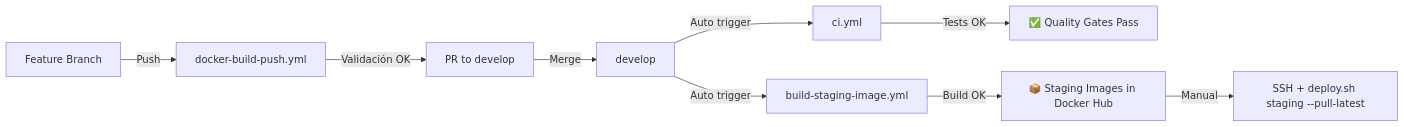
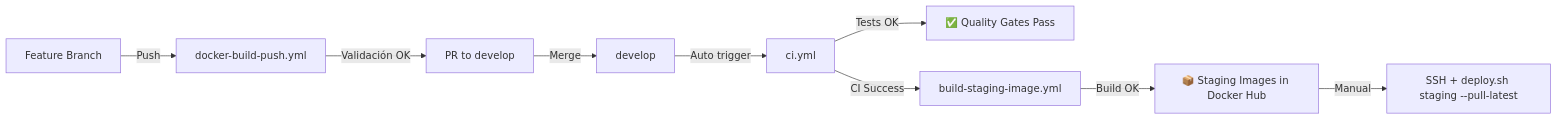
Before and after one commit to jfdelafuente/contravento-application-python: the first of 2 diagrams in docs/operations/WORKFLOWS_REFERENCE.md, drawn with Mermaid. The commit also changed other lines of this file and 2 other files, not shown here.

First line of the commit message:
feat(ci): add workflow dependencies to prevent building images with failed tests

````diff
--- a/docs/operations/WORKFLOWS_REFERENCE.md
+++ b/docs/operations/WORKFLOWS_REFERENCE.md
@@ -26,11 +26,11 @@
 ```mermaid
 graph LR
     A[Feature Branch] -->|Push| B[docker-build-push.yml]
     B -->|Validación OK| C[PR to develop]
     C -->|Merge| D[develop]
     D -->|Auto trigger| E[ci.yml]
-    D -->|Auto trigger| F[build-staging-image.yml]
-    E -->|Tests OK| G[✅ Quality Gates Pass]
-    F -->|Build OK| H[📦 Staging Images in Docker Hub]
+    E -->|Tests OK| F[✅ Quality Gates Pass]
+    E -->|CI Success| G[build-staging-image.yml]
+    G -->|Build OK| H[📦 Staging Images in Docker Hub]
     H -->|Manual| I[SSH + deploy.sh staging --pull-latest]
 ```
````
